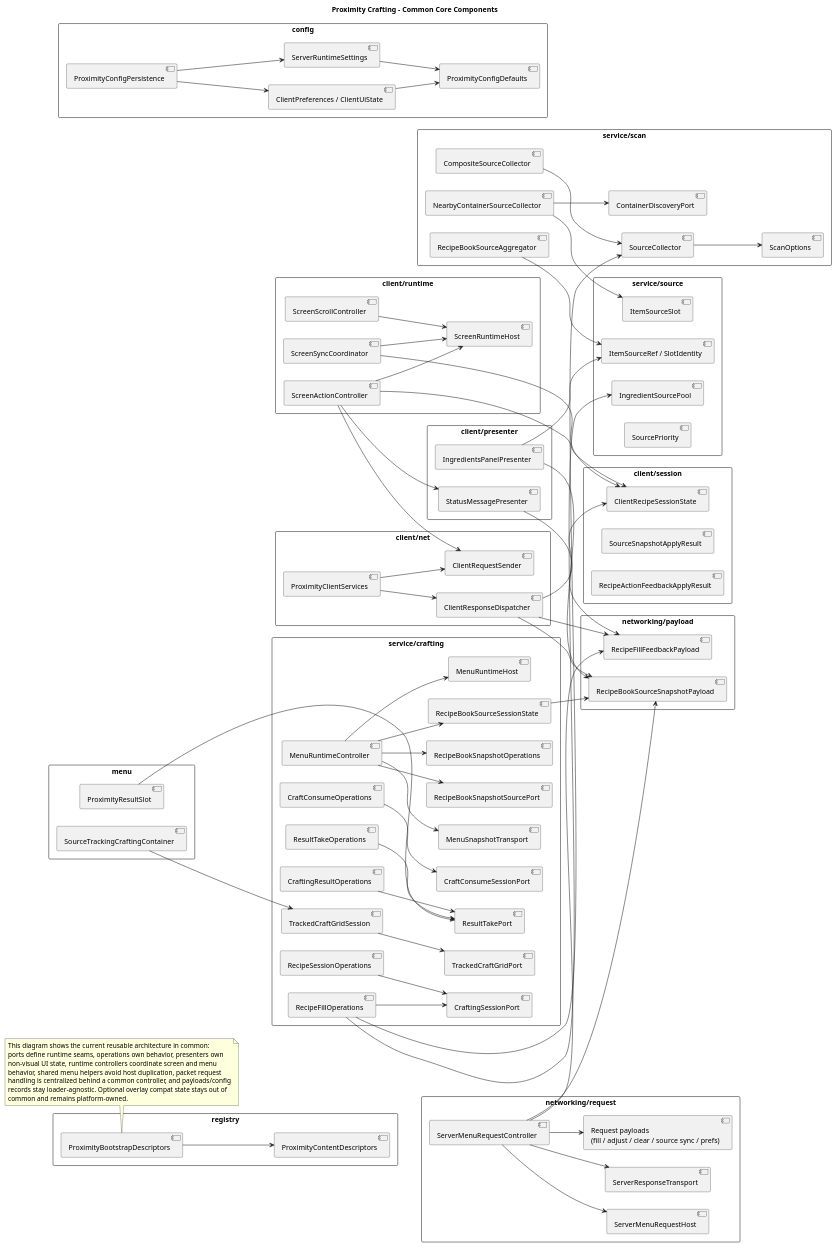
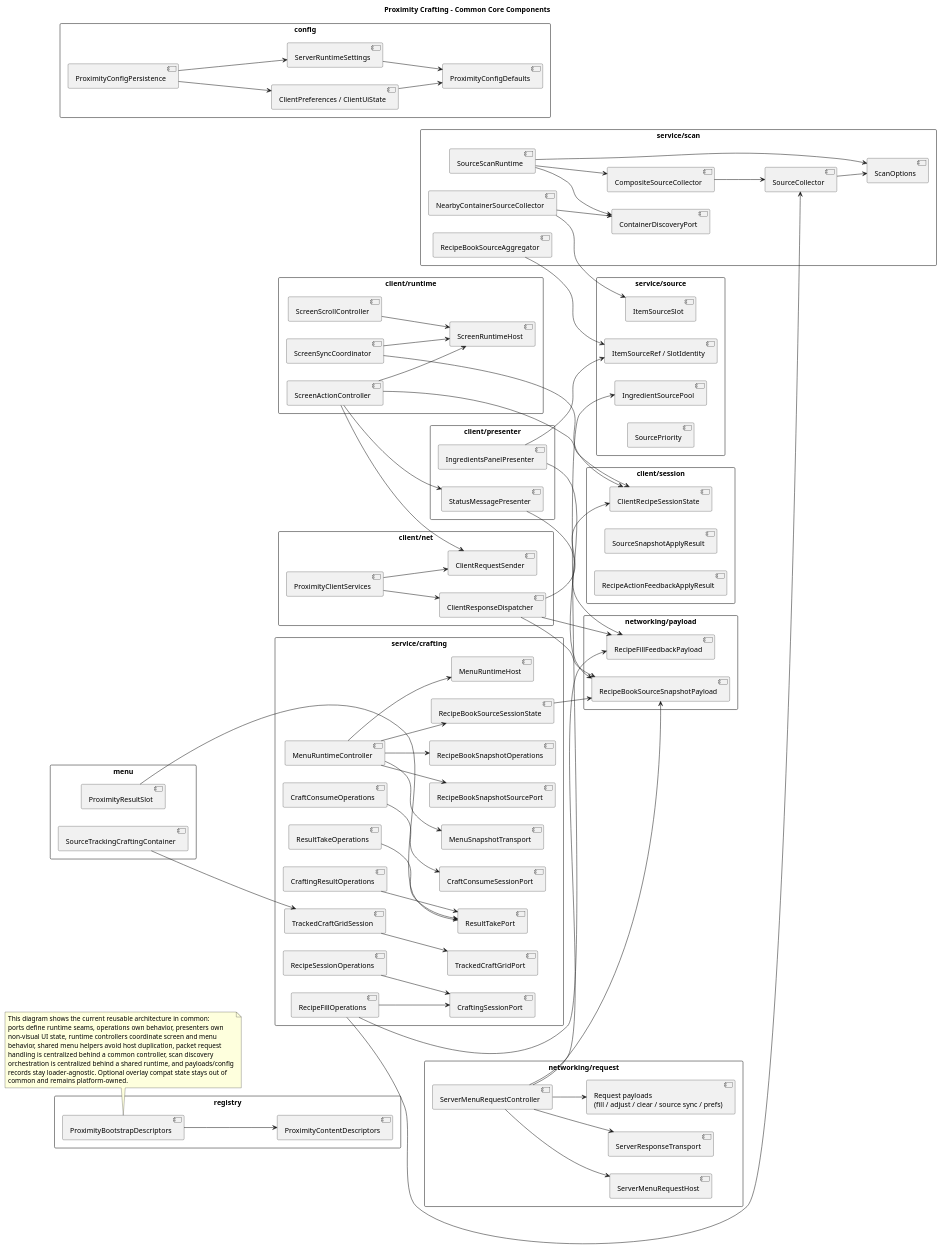
One commit to Maeiro/Nearby-Crafting changed the diagram in docs/architecture/02-common-core-components.puml. Above: the diagram before and after it, drawn with PlantUML. The commit also changed 17 other files, not shown here.

Commit message:
refactor(scan): centralize scan orchestration

```diff
--- a/docs/architecture/02-common-core-components.puml
+++ b/docs/architecture/02-common-core-components.puml
@@ -1,156 +1,161 @@
 @startuml
 title Proximity Crafting - Common Core Components
 left to right direction
 skinparam shadowing false
 skinparam packageStyle rectangle
 
 package "service/source" as SourcePkg {
   component "ItemSourceSlot" as ItemSourceSlot
   component "IngredientSourcePool" as IngredientSourcePool
   component "ItemSourceRef / SlotIdentity" as ItemSourceRef
   component "SourcePriority" as SourcePriority
 }
 
 package "service/scan" as ScanPkg {
   component "SourceCollector" as SourceCollector
   component "ContainerDiscoveryPort" as ContainerDiscoveryPort
+  component "SourceScanRuntime" as SourceScanRuntime
   component "CompositeSourceCollector" as CompositeCollector
   component "NearbyContainerSourceCollector" as NearbyCollector
   component "RecipeBookSourceAggregator" as SourceAggregator
   component "ScanOptions" as ScanOptions
 }
 
 package "service/crafting" as CraftingPkg {
   component "CraftingSessionPort" as CraftingSessionPort
   component "CraftConsumeSessionPort" as CraftConsumeSessionPort
   component "ResultTakePort" as ResultTakePort
   component "TrackedCraftGridPort" as TrackedGridPort
   component "MenuRuntimeHost" as MenuRuntimeHost
   component "MenuSnapshotTransport" as MenuSnapshotTransport
   component "RecipeBookSnapshotSourcePort" as SnapshotSourcePort
   component "RecipeBookSnapshotOperations" as SnapshotOps
   component "MenuRuntimeController" as MenuRuntimeController
   component "RecipeFillOperations" as RecipeFillOps
   component "CraftConsumeOperations" as CraftConsumeOps
   component "CraftingResultOperations" as CraftingResultOps
   component "RecipeSessionOperations" as RecipeSessionOps
   component "ResultTakeOperations" as ResultTakeOps
   component "TrackedCraftGridSession" as TrackedGridSession
   component "RecipeBookSourceSessionState" as RecipeBookSession
 }
 
 package "menu" as MenuPkg {
   component "SourceTrackingCraftingContainer" as TrackedContainer
   component "ProximityResultSlot" as SharedResultSlot
 }
 
 package "client/net" as ClientNetPkg {
   component "ClientRequestSender" as ClientRequestSender
   component "ClientResponseDispatcher" as ClientResponseDispatcher
   component "ProximityClientServices" as ProximityClientServices
 }
 
 package "networking/request" as ServerRequestPkg {
   component "ServerMenuRequestHost" as ServerMenuRequestHost
   component "ServerResponseTransport" as ServerResponseTransport
   component "ServerMenuRequestController" as ServerMenuRequestController
   component "Request payloads\n(fill / adjust / clear / source sync / prefs)" as RequestPayloads
 }
 
 package "client/session" as ClientSessionPkg {
   component "ClientRecipeSessionState" as ClientRecipeSessionState
   component "SourceSnapshotApplyResult" as SourceSnapshotApplyResult
   component "RecipeActionFeedbackApplyResult" as RecipeActionFeedbackApplyResult
 }
 
 package "client/runtime" as ClientRuntimePkg {
   component "ScreenRuntimeHost" as ScreenRuntimeHost
   component "ScreenActionController" as ScreenActionController
   component "ScreenSyncCoordinator" as ScreenSyncCoordinator
   component "ScreenScrollController" as ScreenScrollController
 }
 
 package "client/presenter" as PresenterPkg {
   component "IngredientsPanelPresenter" as IngredientsPanelPresenter
   component "StatusMessagePresenter" as StatusMessagePresenter
 }
 
 package "config" as ConfigPkg {
   component "ProximityConfigDefaults" as ProximityConfigDefaults
   component "ClientPreferences / ClientUiState" as ClientConfigModels
   component "ServerRuntimeSettings" as ServerRuntimeSettings
   component "ProximityConfigPersistence" as ConfigPersistence
 }
 
 package "networking/payload" as PayloadPkg {
   component "RecipeBookSourceSnapshotPayload" as SnapshotPayload
   component "RecipeFillFeedbackPayload" as FeedbackPayload
 }
 
 package "registry" as RegistryPkg {
   component "ProximityContentDescriptors" as ContentDescriptors
   component "ProximityBootstrapDescriptors" as BootstrapDescriptors
 }
 
 SourceCollector --> ScanOptions
+SourceScanRuntime --> ContainerDiscoveryPort
+SourceScanRuntime --> CompositeCollector
+SourceScanRuntime --> ScanOptions
 CompositeCollector --> SourceCollector
 NearbyCollector --> ContainerDiscoveryPort
 NearbyCollector --> ItemSourceSlot
 SourceAggregator --> ItemSourceRef
 
 RecipeFillOps --> CraftingSessionPort
 RecipeFillOps --> SourceCollector
 RecipeFillOps --> IngredientSourcePool
 CraftConsumeOps --> CraftConsumeSessionPort
 CraftingResultOps --> ResultTakePort
 RecipeSessionOps --> CraftingSessionPort
 ResultTakeOps --> ResultTakePort
 MenuRuntimeController --> MenuRuntimeHost
 MenuRuntimeController --> MenuSnapshotTransport
 MenuRuntimeController --> SnapshotSourcePort
 MenuRuntimeController --> SnapshotOps
 MenuRuntimeController --> RecipeBookSession
 ServerMenuRequestController --> ServerMenuRequestHost
 ServerMenuRequestController --> ServerResponseTransport
 ServerMenuRequestController --> RequestPayloads
 ServerMenuRequestController --> FeedbackPayload
 ServerMenuRequestController --> SnapshotPayload
 TrackedGridSession --> TrackedGridPort
 RecipeBookSession --> SnapshotPayload
 TrackedContainer --> TrackedGridSession
 SharedResultSlot --> ResultTakePort
 
 ClientResponseDispatcher --> ClientRecipeSessionState
 ClientResponseDispatcher --> SnapshotPayload
 ClientResponseDispatcher --> FeedbackPayload
 ProximityClientServices --> ClientRequestSender
 ProximityClientServices --> ClientResponseDispatcher
 ScreenActionController --> ScreenRuntimeHost
 ScreenActionController --> ClientRecipeSessionState
 ScreenActionController --> ClientRequestSender
 ScreenActionController --> StatusMessagePresenter
 ScreenSyncCoordinator --> ScreenRuntimeHost
 ScreenSyncCoordinator --> ClientRecipeSessionState
 ScreenScrollController --> ScreenRuntimeHost
 
 IngredientsPanelPresenter --> SnapshotPayload
 IngredientsPanelPresenter --> ItemSourceRef
 StatusMessagePresenter --> FeedbackPayload
 
 ConfigPersistence --> ClientConfigModels
 ConfigPersistence --> ServerRuntimeSettings
 ClientConfigModels --> ProximityConfigDefaults
 ServerRuntimeSettings --> ProximityConfigDefaults
 
 BootstrapDescriptors --> ContentDescriptors
 
 note bottom
 This diagram shows the current reusable architecture in common:
 ports define runtime seams, operations own behavior, presenters own
 non-visual UI state, runtime controllers coordinate screen and menu
 behavior, shared menu helpers avoid host duplication, packet request
-handling is centralized behind a common controller, and payloads/config
+handling is centralized behind a common controller, scan discovery
+orchestration is centralized behind a shared runtime, and payloads/config
 records stay loader-agnostic. Optional overlay compat state stays out of
 common and remains platform-owned.
 end note
 @enduml
```
